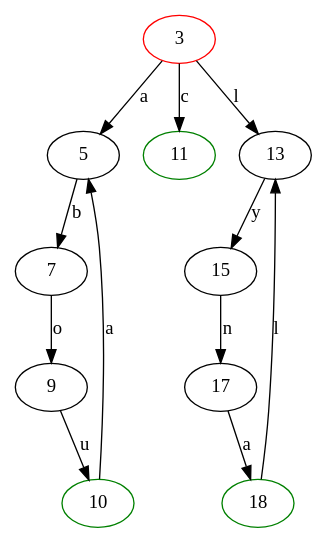
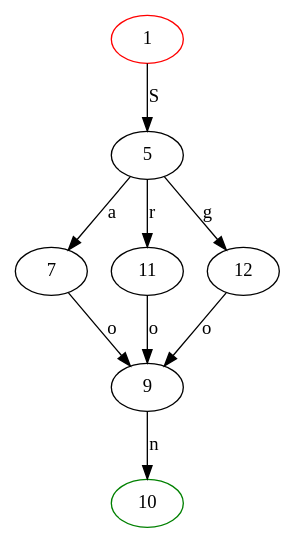
Before and after one commit to aboubacardiawara/DAAR: the diagram in tme1/regex/reducedAutomate.dot, drawn with Graphviz. The commit also changed 3 other files, not shown here.

```diff
--- a/tme1/regex/reducedAutomate.dot
+++ b/tme1/regex/reducedAutomate.dot
@@ -1,19 +1,13 @@
 digraph {
-	3 [color="red"]
-	3 -> 5 [label="a"]
-	5 -> 7 [label="b"]
+	1 [color="red"]
+	1 -> 5 [label="S"]
+	5 -> 7 [label="a"]
 	7 -> 9 [label="o"]
 	10 [color="green"]
-	9 -> 10 [label="u"]
+	9 -> 10 [label="n"]
 	10 [color="green"]
-	10 -> 5 [label="a"]
-	3 -> 11 [label="c"]
-	11 [color="green"]
-	3 -> 13 [label="l"]
-	13 -> 15 [label="y"]
-	15 -> 17 [label="n"]
-	18 [color="green"]
-	17 -> 18 [label="a"]
-	18 [color="green"]
-	18 -> 13 [label="l"]
+	5 -> 11 [label="r"]
+	11 -> 9 [label="o"]
+	5 -> 12 [label="g"]
+	12 -> 9 [label="o"]
 }
```
